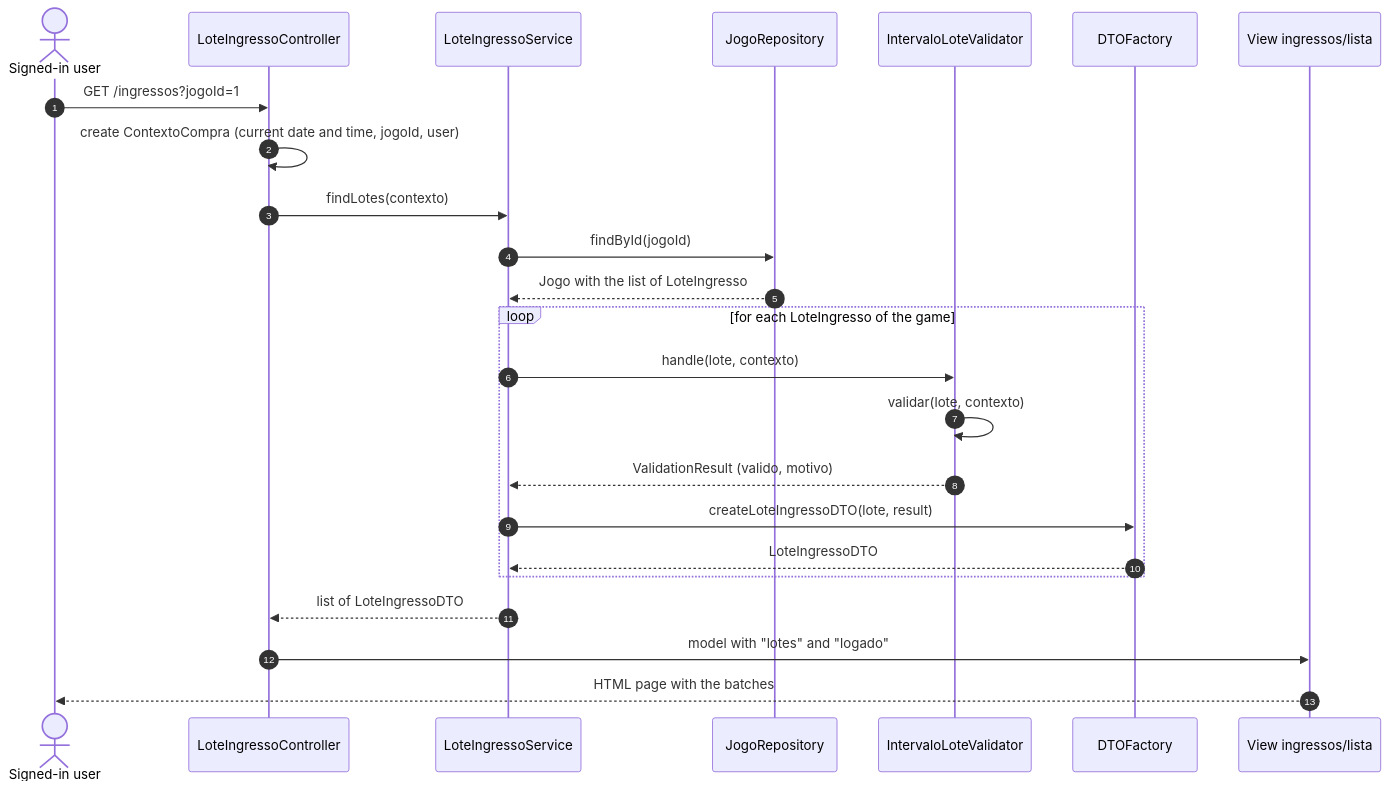
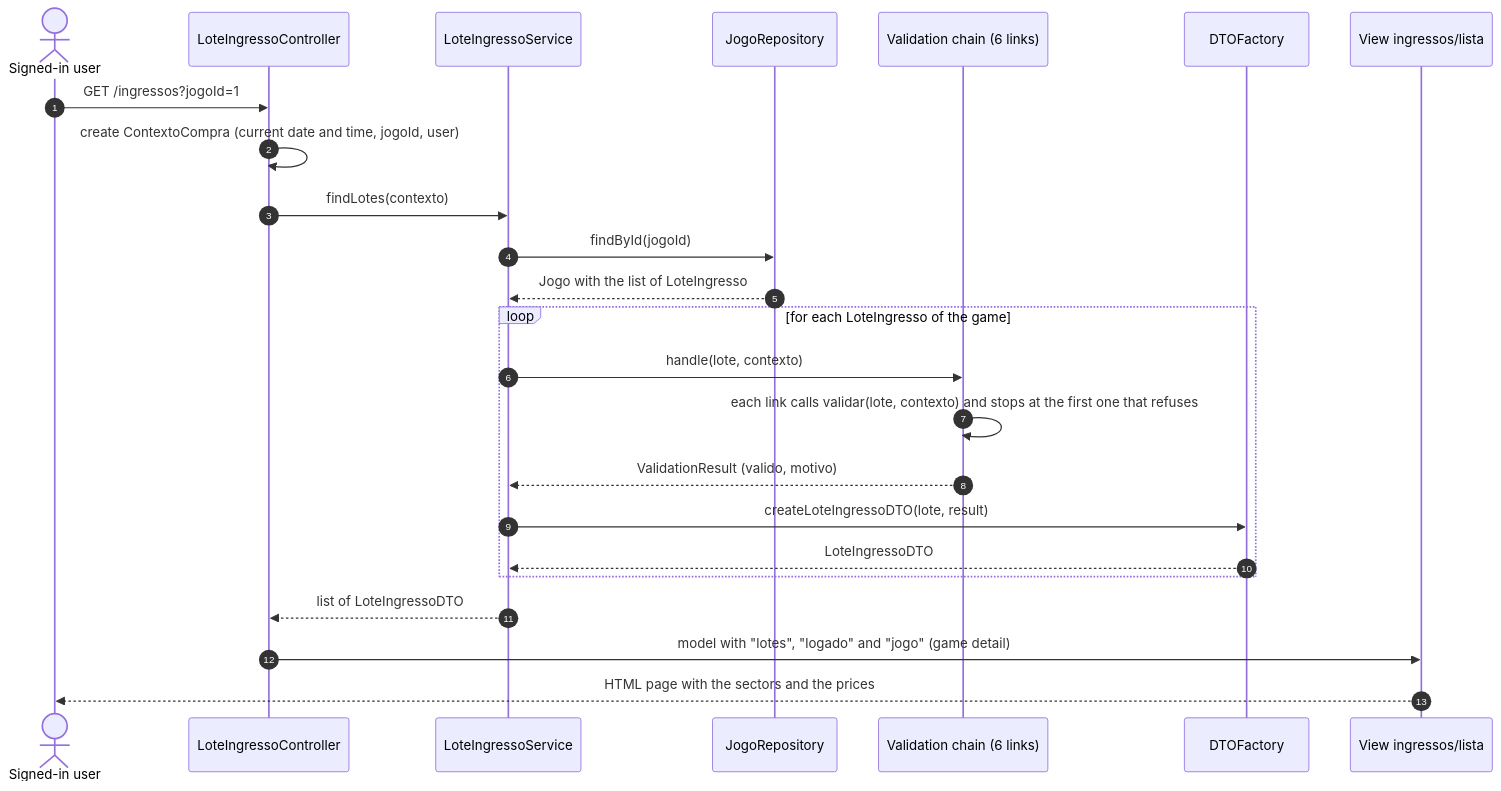
One commit to OlavoAppel/LPOO-Gestao-Socio-Torcedores changed the diagram in docs/diagramas/sequencia-lotes-en.mmd. Above: the diagram before and after it, drawn with Mermaid. The commit also changed 11 other files, not shown here.

```diff
--- a/docs/diagramas/sequencia-lotes-en.mmd
+++ b/docs/diagramas/sequencia-lotes-en.mmd
@@ -1,24 +1,24 @@
 sequenceDiagram
 autonumber
 actor U as Signed-in user
 participant C as LoteIngressoController
 participant S as LoteIngressoService
 participant R as JogoRepository
-participant H as IntervaloLoteValidator
+participant H as Validation chain (6 links)
 participant F as DTOFactory
 participant V as View ingressos/lista
 U->>C: GET /ingressos?jogoId=1
 C->>C: create ContextoCompra (current date and time, jogoId, user)
 C->>S: findLotes(contexto)
 S->>R: findById(jogoId)
 R-->>S: Jogo with the list of LoteIngresso
 loop for each LoteIngresso of the game
   S->>H: handle(lote, contexto)
-  H->>H: validar(lote, contexto)
+  H->>H: each link calls validar(lote, contexto) and stops at the first one that refuses
   H-->>S: ValidationResult (valido, motivo)
   S->>F: createLoteIngressoDTO(lote, result)
   F-->>S: LoteIngressoDTO
 end
 S-->>C: list of LoteIngressoDTO
-C->>V: model with "lotes" and "logado"
-V-->>U: HTML page with the batches
+C->>V: model with "lotes", "logado" and "jogo" (game detail)
+V-->>U: HTML page with the sectors and the prices
```
